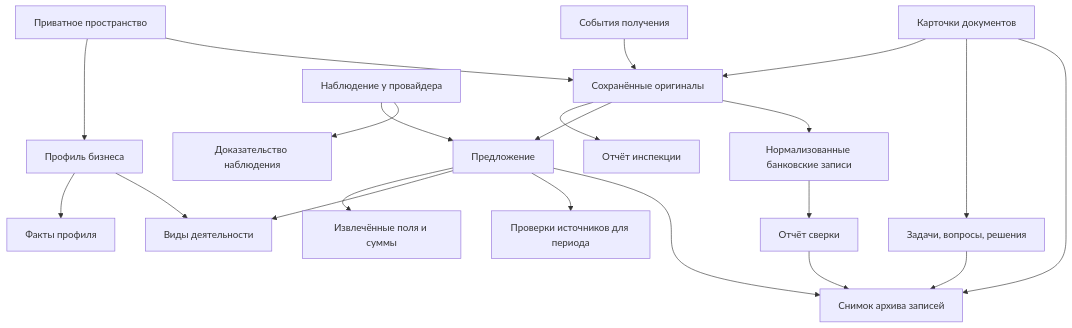
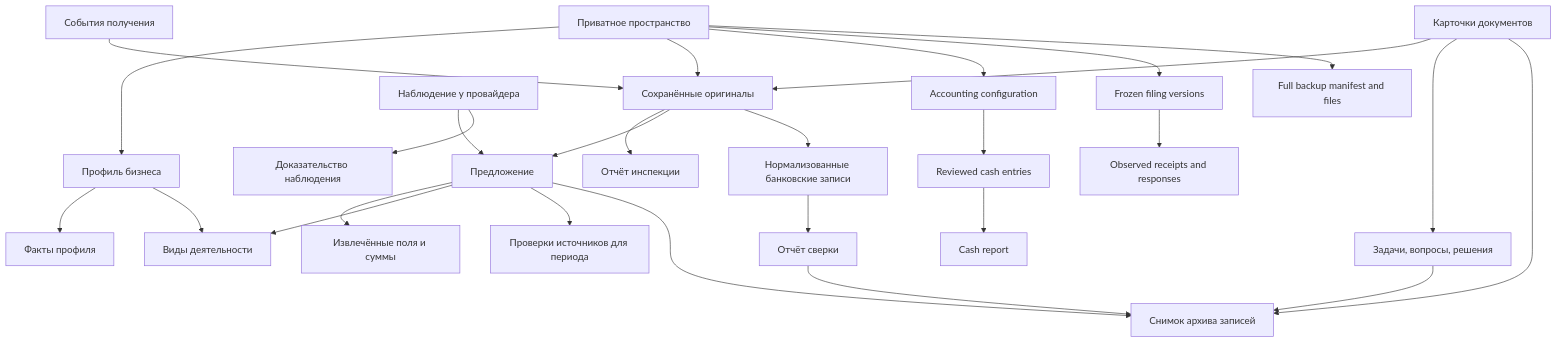
The first of 2 diagrams in docs/ontology.ru.md (ilyafedotov-ops/german-business-skills), drawn with Mermaid before and after one commit. The commit also changed other lines of this file and 39 other files, not shown here.

````diff
--- a/docs/ontology.ru.md
+++ b/docs/ontology.ru.md
@@ -46,23 +50,29 @@
 ```mermaid
 flowchart TD
     W[Приватное пространство] --> B[Профиль бизнеса]
     B --> F[Факты профиля]
     B --> A[Виды деятельности]
     W --> D[Сохранённые оригиналы]
     R[События получения] --> D
     C[Карточки документов] --> D
     C --> T[Задачи, вопросы, решения]
     D --> I[Отчёт инспекции]
     D --> P[Предложение]
     P --> E[Извлечённые поля и суммы]
     P --> A
     P --> S[Проверки источников для периода]
     O[Наблюдение у провайдера] --> P
     O --> V[Доказательство наблюдения]
     N[Нормализованные банковские записи] --> Q[Отчёт сверки]
     D --> N
     C --> H[Снимок архива записей]
     P --> H
     Q --> H
     T --> H
+    W --> AC[Accounting configuration]
+    AC --> CE[Reviewed cash entries]
+    CE --> CR[Cash report]
+    W --> FV[Frozen filing versions]
+    FV --> FR[Observed receipts and responses]
+    W --> BK[Full backup manifest and files]
 ```
````
